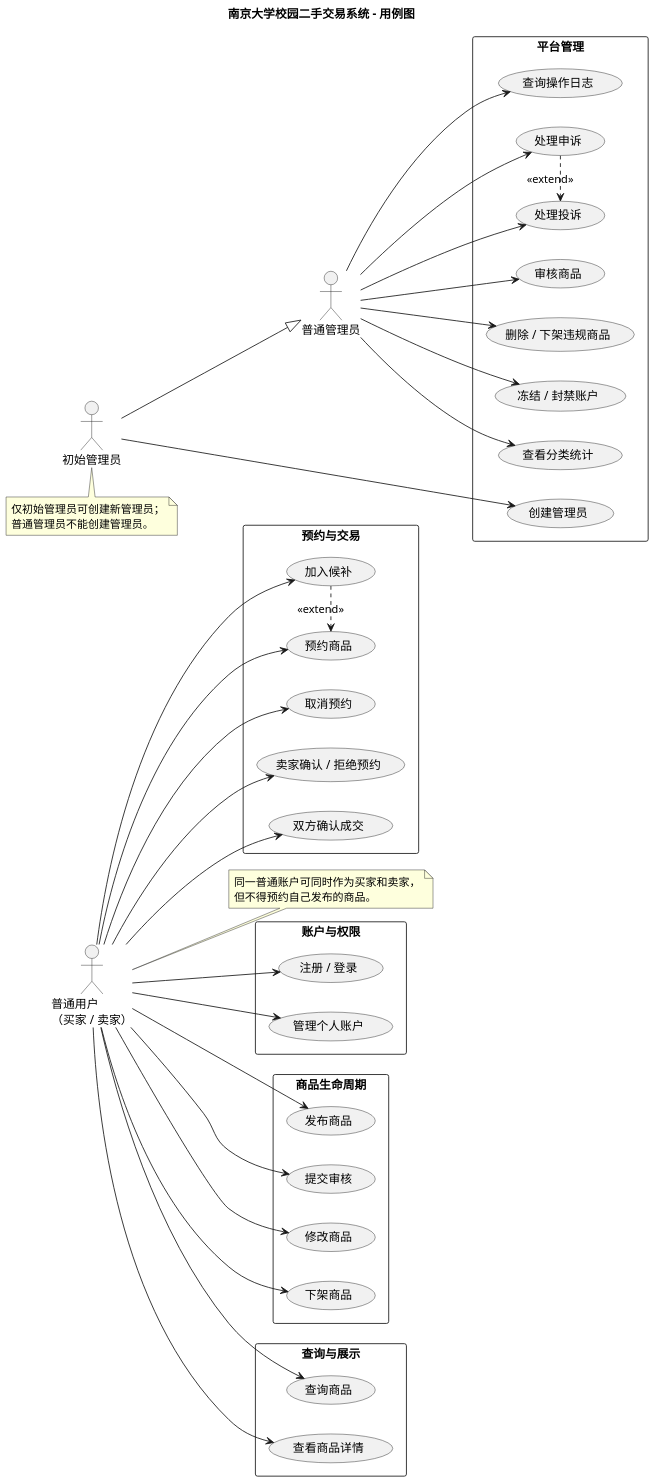
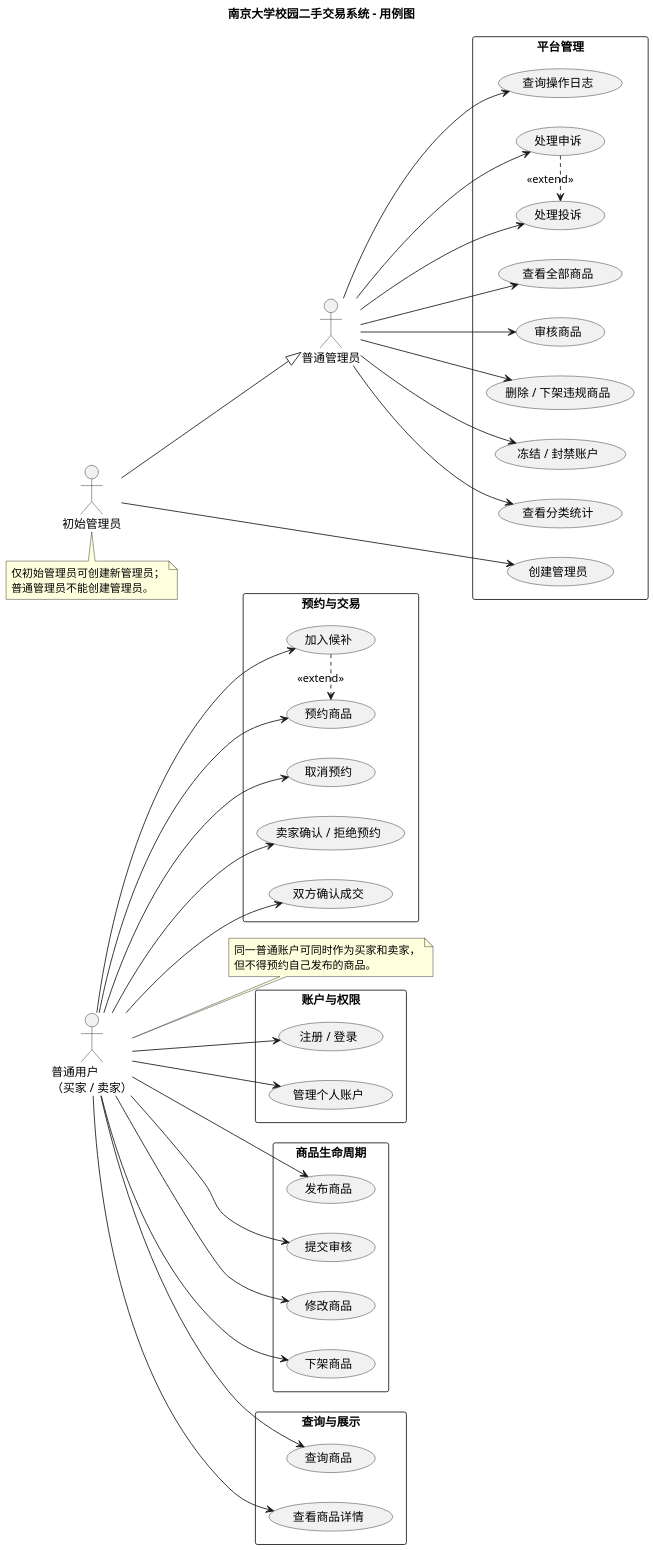
Before and after one commit to 235826/secondhand-marketplace: the diagram in lab2/UML/UML用例图.puml, drawn with PlantUML. The commit also changed 8 other files, not shown here.

Commit message:
lab2: refine UML constraints and cancellation flow

```diff
--- a/lab2/UML/UML用例图.puml
+++ b/lab2/UML/UML用例图.puml
@@ -1,89 +1,91 @@
 @startuml UML用例图
 skinparam defaultFontName "PingFang SC"
 skinparam dpi 150
 left to right direction
 title 南京大学校园二手交易系统 - 用例图
 
 actor "普通用户\n（买家 / 卖家）" as User
 actor "普通管理员" as Admin
 actor "初始管理员" as InitialAdmin
 
 rectangle "账户与权限" {
   usecase "注册 / 登录" as UC01
   usecase "管理个人账户" as UC02
 }
 
 rectangle "商品生命周期" {
   usecase "发布商品" as UC03
   usecase "提交审核" as UC04
   usecase "修改商品" as UC05
   usecase "下架商品" as UC06
 }
 
 rectangle "查询与展示" {
   usecase "查询商品" as UC07
   usecase "查看商品详情" as UC08
 }
 
 rectangle "预约与交易" {
   usecase "预约商品" as UC09
   usecase "加入候补" as UC10
   usecase "取消预约" as UC11
   usecase "卖家确认 / 拒绝预约" as UC12
   usecase "双方确认成交" as UC13
 }
 
 rectangle "平台管理" {
+  usecase "查看全部商品" as UC22
   usecase "审核商品" as UC14
   usecase "删除 / 下架违规商品" as UC15
   usecase "冻结 / 封禁账户" as UC16
   usecase "处理投诉" as UC17
   usecase "处理申诉" as UC18
   usecase "查看分类统计" as UC19
   usecase "查询操作日志" as UC20
   usecase "创建管理员" as UC21
 }
 
 ' 普通用户
 User --> UC01
 User --> UC02
 User --> UC03
 User --> UC04
 User --> UC05
 User --> UC06
 User --> UC07
 User --> UC08
 User --> UC09
 User --> UC10
 User --> UC11
 User --> UC12
 User --> UC13
 
 ' 管理员
+Admin --> UC22
 Admin --> UC14
 Admin --> UC15
 Admin --> UC16
 Admin --> UC17
 Admin --> UC18
 Admin --> UC19
 Admin --> UC20
 
 ' 初始管理员继承普通管理员权限，并独有创建管理员权限
 InitialAdmin --|> Admin
 InitialAdmin --> UC21
 
 ' 用例关系
 UC10 .> UC09 : <<extend>>
 UC18 .> UC17 : <<extend>>
 
 note right of User
   同一普通账户可同时作为买家和卖家，
   但不得预约自己发布的商品。
 end note
 
 note bottom of InitialAdmin
   仅初始管理员可创建新管理员；
   普通管理员不能创建管理员。
 end note
 
 @enduml
```
